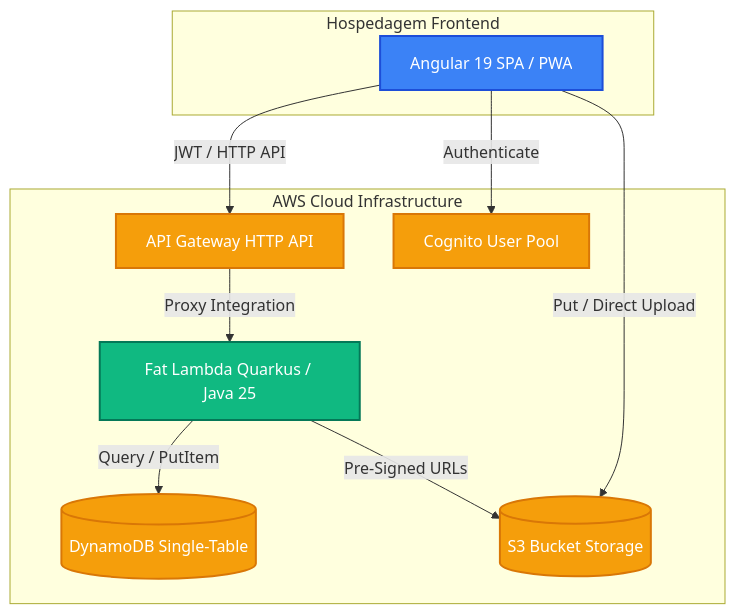
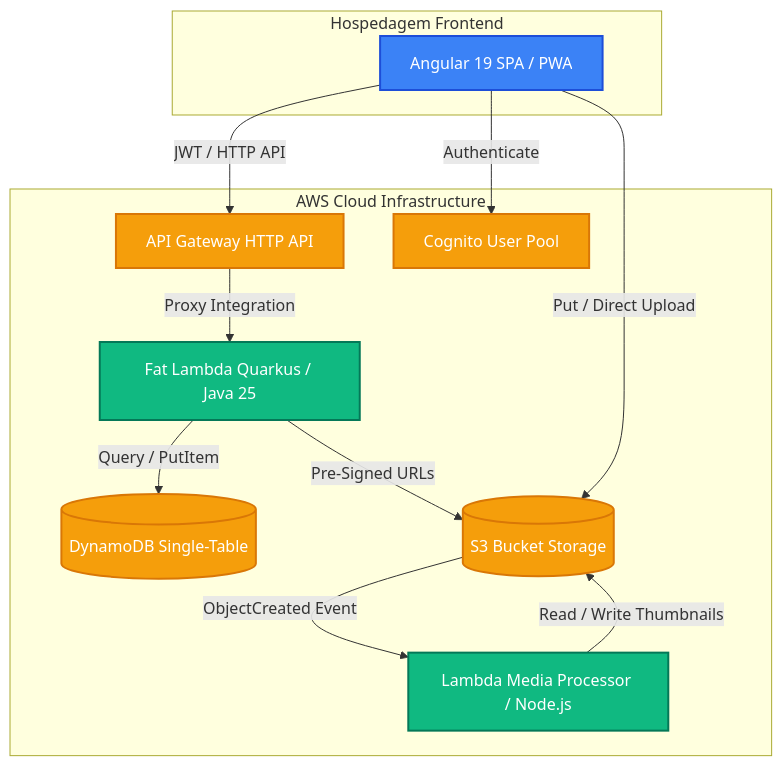
Before and after one commit to mtpontes/imob: the first of 2 diagrams in README.md, drawn with Mermaid.

Commit message:
docs: update architecture diagram to include MediaProcessor and S3 event flow

````diff
--- a/README.md
+++ b/README.md
@@ -32,25 +32,28 @@
 ```mermaid
 graph TD
     classDef frontend fill:#3b82f6,stroke:#1d4ed8,stroke-width:2px,color:#fff;
     classDef backend fill:#10b981,stroke:#047857,stroke-width:2px,color:#fff;
     classDef cloud fill:#f59e0b,stroke:#d97706,stroke-width:2px,color:#fff;
 
     subgraph Vercel [Hospedagem Frontend]
         Angular[Angular 19 SPA / PWA]:::frontend
     end
 
     subgraph AWS [AWS Cloud Infrastructure]
         APIGateway[API Gateway HTTP API]:::cloud
         Lambda[Fat Lambda Quarkus / Java 25]:::backend
+        MediaProcessor[Lambda Media Processor / Node.js]:::backend
         DynamoDB[(DynamoDB Single-Table)]:::cloud
         S3Bucket[(S3 Bucket Storage)]:::cloud
         Cognito[Cognito User Pool]:::cloud
     end
 
     Angular -- JWT / HTTP API --> APIGateway
     APIGateway -- Proxy Integration --> Lambda
     Lambda -- Query / PutItem --> DynamoDB
     Lambda -- Pre-Signed URLs --> S3Bucket
     Angular -- Put / Direct Upload --> S3Bucket
     Angular -- Authenticate --> Cognito
+    S3Bucket -- ObjectCreated Event --> MediaProcessor
+    MediaProcessor -- Read / Write Thumbnails --> S3Bucket
 ```
````
